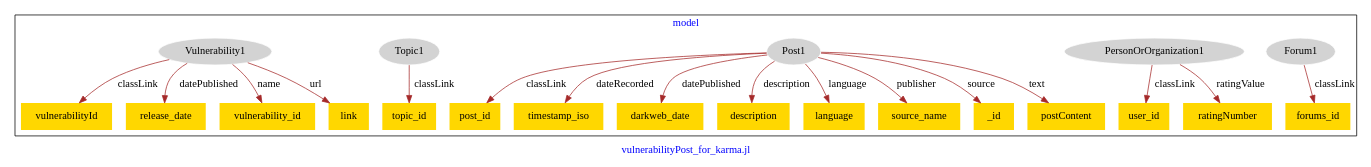
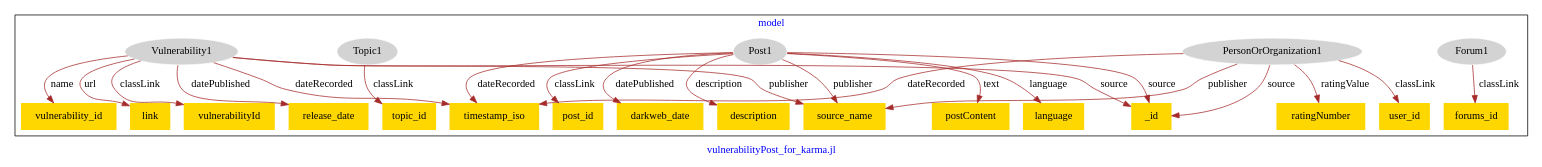
The diagram in models/asu-vulnerability-posts/vulnerabilityPost_for_karma.jl-model.dot (usc-isi-i2/effect-alignment), drawn with Graphviz before and after one commit.

Commit message:
Update file vulnerabilityPost_for_karma.jl-model.dot

```diff
--- a/models/asu-vulnerability-posts/vulnerabilityPost_for_karma.jl-model.dot
+++ b/models/asu-vulnerability-posts/vulnerabilityPost_for_karma.jl-model.dot
@@ -1,45 +1,51 @@
 digraph n0 {
 fontcolor="blue"
 remincross="true"
 label="vulnerabilityPost_for_karma.jl"
 subgraph cluster {
 label="model"
 n2[style="filled",color="white",fillcolor="lightgray",label="Forum1"];
 n3[shape="plaintext",style="filled",fillcolor="gold",label="forums_id"];
 n4[style="filled",color="white",fillcolor="lightgray",label="PersonOrOrganization1"];
 n5[shape="plaintext",style="filled",fillcolor="gold",label="user_id"];
-n6[shape="plaintext",style="filled",fillcolor="gold",label="ratingNumber"];
-n7[style="filled",color="white",fillcolor="lightgray",label="Post1"];
-n8[shape="plaintext",style="filled",fillcolor="gold",label="post_id"];
-n9[shape="plaintext",style="filled",fillcolor="gold",label="timestamp_iso"];
-n10[shape="plaintext",style="filled",fillcolor="gold",label="darkweb_date"];
-n11[shape="plaintext",style="filled",fillcolor="gold",label="description"];
-n12[shape="plaintext",style="filled",fillcolor="gold",label="language"];
-n13[shape="plaintext",style="filled",fillcolor="gold",label="source_name"];
-n14[shape="plaintext",style="filled",fillcolor="gold",label="_id"];
+n6[shape="plaintext",style="filled",fillcolor="gold",label="timestamp_iso"];
+n7[shape="plaintext",style="filled",fillcolor="gold",label="source_name"];
+n8[shape="plaintext",style="filled",fillcolor="gold",label="ratingNumber"];
+n9[shape="plaintext",style="filled",fillcolor="gold",label="_id"];
+n10[style="filled",color="white",fillcolor="lightgray",label="Post1"];
+n11[shape="plaintext",style="filled",fillcolor="gold",label="post_id"];
+n12[shape="plaintext",style="filled",fillcolor="gold",label="darkweb_date"];
+n13[shape="plaintext",style="filled",fillcolor="gold",label="description"];
+n14[shape="plaintext",style="filled",fillcolor="gold",label="language"];
 n15[shape="plaintext",style="filled",fillcolor="gold",label="postContent"];
 n16[style="filled",color="white",fillcolor="lightgray",label="Topic1"];
 n17[shape="plaintext",style="filled",fillcolor="gold",label="topic_id"];
 n18[style="filled",color="white",fillcolor="lightgray",label="Vulnerability1"];
 n19[shape="plaintext",style="filled",fillcolor="gold",label="vulnerabilityId"];
 n20[shape="plaintext",style="filled",fillcolor="gold",label="release_date"];
 n21[shape="plaintext",style="filled",fillcolor="gold",label="vulnerability_id"];
 n22[shape="plaintext",style="filled",fillcolor="gold",label="link"];
 }
 n2 -> n3[color="brown",fontcolor="black",label="classLink"]
 n4 -> n5[color="brown",fontcolor="black",label="classLink"]
-n4 -> n6[color="brown",fontcolor="black",label="ratingValue"]
-n7 -> n8[color="brown",fontcolor="black",label="classLink"]
-n7 -> n9[color="brown",fontcolor="black",label="dateRecorded"]
-n7 -> n10[color="brown",fontcolor="black",label="datePublished"]
-n7 -> n11[color="brown",fontcolor="black",label="description"]
-n7 -> n12[color="brown",fontcolor="black",label="language"]
-n7 -> n13[color="brown",fontcolor="black",label="publisher"]
-n7 -> n14[color="brown",fontcolor="black",label="source"]
-n7 -> n15[color="brown",fontcolor="black",label="text"]
+n4 -> n6[color="brown",fontcolor="black",label="dateRecorded"]
+n4 -> n7[color="brown",fontcolor="black",label="publisher"]
+n4 -> n8[color="brown",fontcolor="black",label="ratingValue"]
+n4 -> n9[color="brown",fontcolor="black",label="source"]
+n10 -> n11[color="brown",fontcolor="black",label="classLink"]
+n10 -> n12[color="brown",fontcolor="black",label="datePublished"]
+n10 -> n13[color="brown",fontcolor="black",label="description"]
+n10 -> n14[color="brown",fontcolor="black",label="language"]
+n10 -> n9[color="brown",fontcolor="black",label="source"]
+n10 -> n15[color="brown",fontcolor="black",label="text"]
 n16 -> n17[color="brown",fontcolor="black",label="classLink"]
 n18 -> n19[color="brown",fontcolor="black",label="classLink"]
 n18 -> n20[color="brown",fontcolor="black",label="datePublished"]
 n18 -> n21[color="brown",fontcolor="black",label="name"]
+n18 -> n9[color="brown",fontcolor="black",label="source"]
 n18 -> n22[color="brown",fontcolor="black",label="url"]
+n18 -> n6[color="brown",fontcolor="black",label="dateRecorded"]
+n10 -> n7[color="brown",fontcolor="black",label="publisher"]
+n18 -> n7[color="brown",fontcolor="black",label="publisher"]
+n10 -> n6[color="brown",fontcolor="black",label="dateRecorded"]
 }
```
